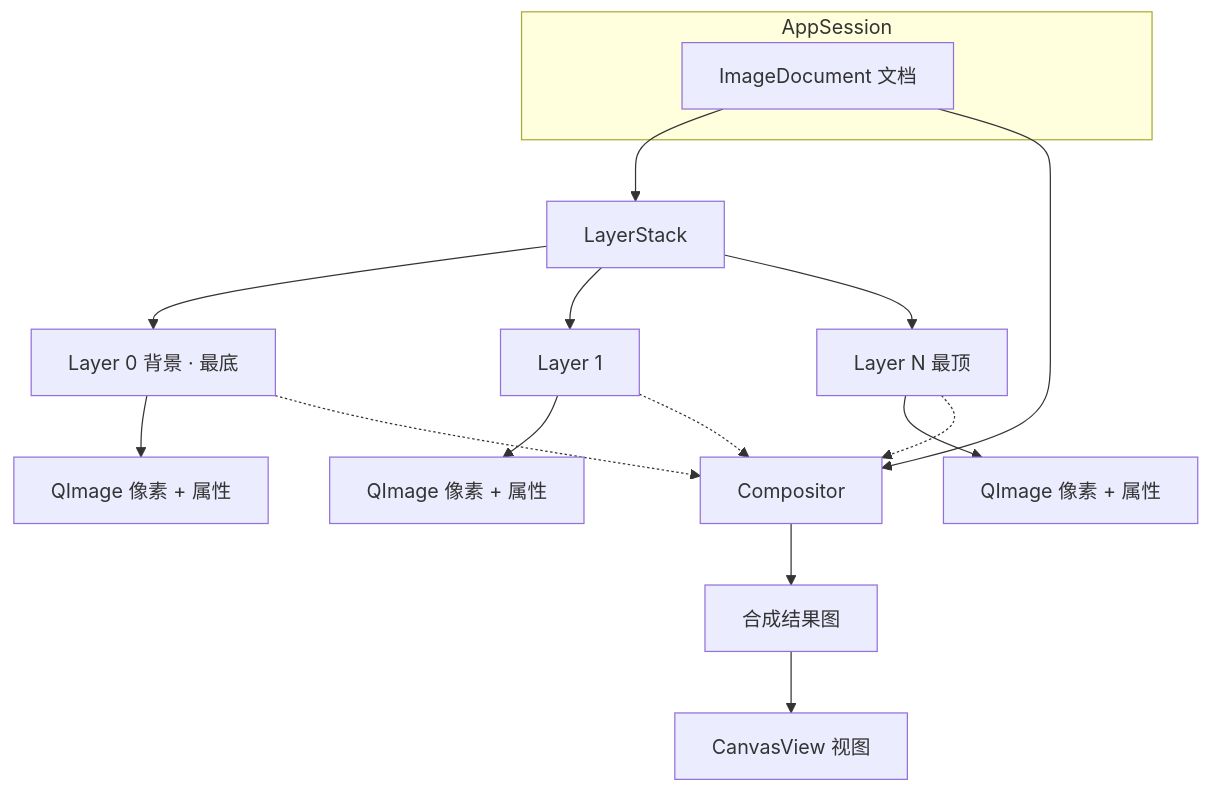
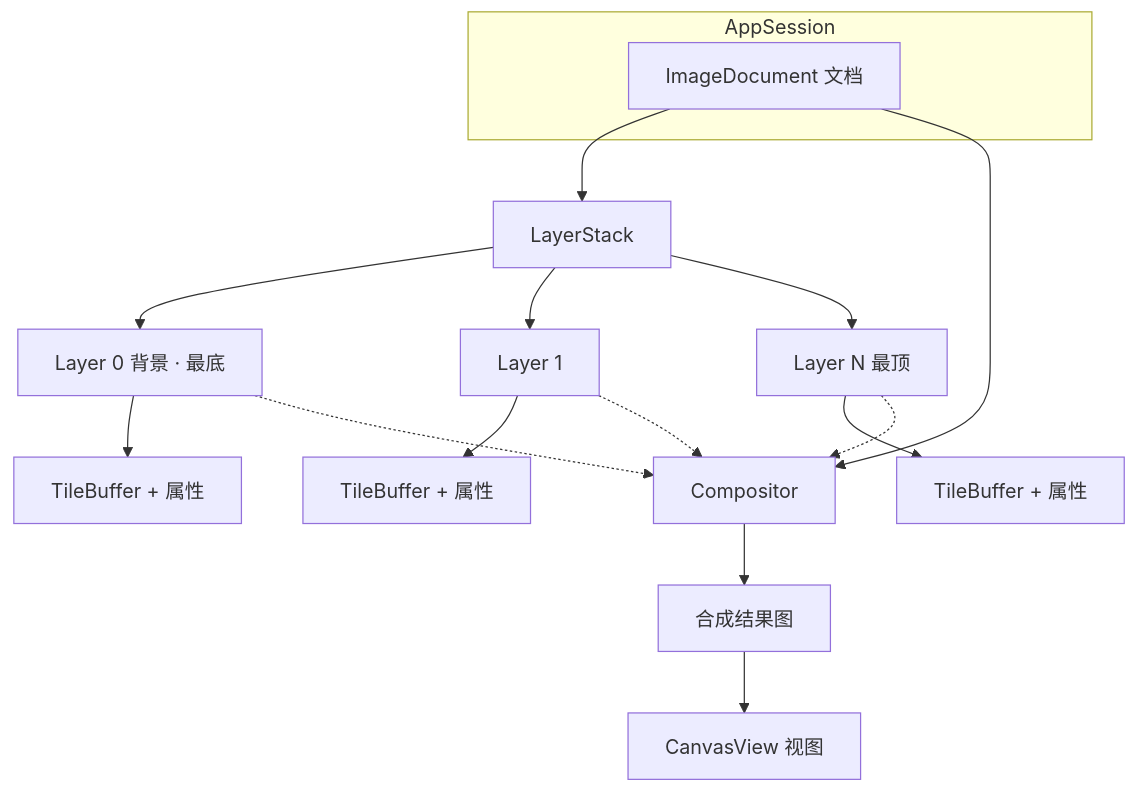
Before and after one commit to littletenyuan01/photoshopDemo: the diagram in docs/layers/layers-structure.md, drawn with Mermaid. The commit also changed other lines of this file and 53 other files, not shown here.

````diff
--- a/docs/layers/layers-structure.md
+++ b/docs/layers/layers-structure.md
@@ -18,23 +18,23 @@
 ```mermaid
 flowchart TB
   subgraph Session["AppSession"]
     Doc["ImageDocument 文档"]
   end
 
   Doc --> Stack["LayerStack"]
 
   Stack --> L0["Layer 0 背景 · 最底"]
   Stack --> L1["Layer 1"]
   Stack --> L2["Layer N 最顶"]
 
-  L0 --> P0["QImage 像素 + 属性"]
-  L1 --> P1["QImage 像素 + 属性"]
-  L2 --> P2["QImage 像素 + 属性"]
+  L0 --> P0["TileBuffer + 属性"]
+  L1 --> P1["TileBuffer + 属性"]
+  L2 --> P2["TileBuffer + 属性"]
 
   Doc --> Comp["Compositor"]
   L0 -.-> Comp
   L1 -.-> Comp
   L2 -.-> Comp
   Comp --> Flat["合成结果图"]
   Flat --> View["CanvasView 视图"]
 ```
````
